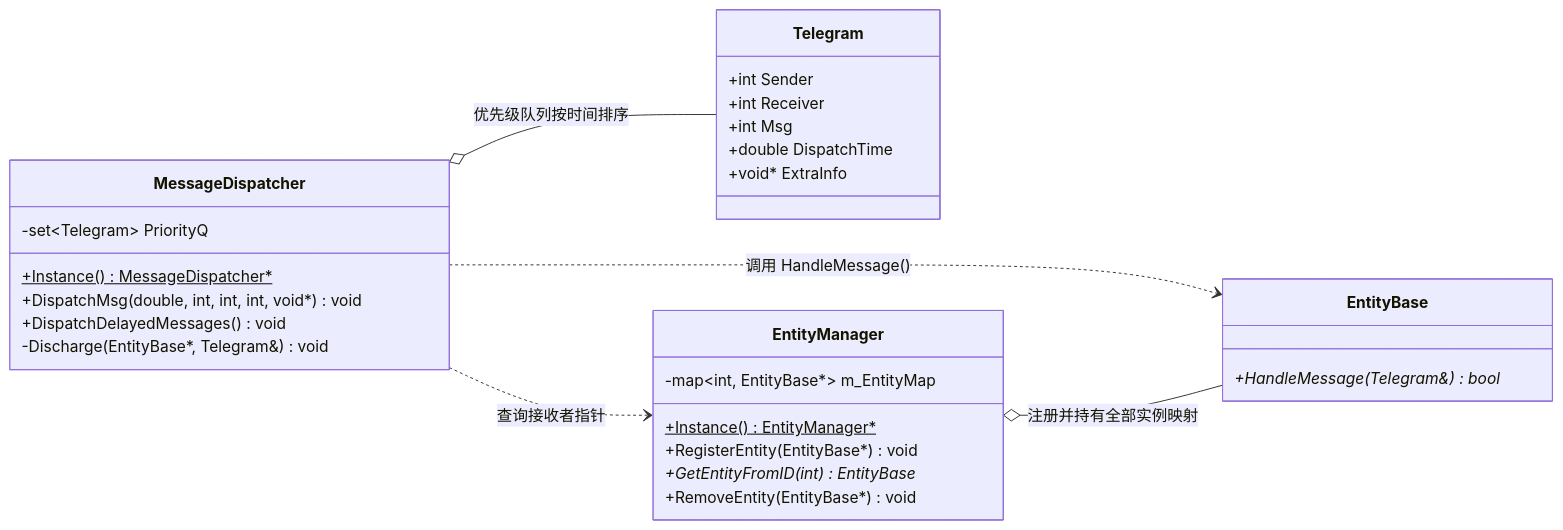
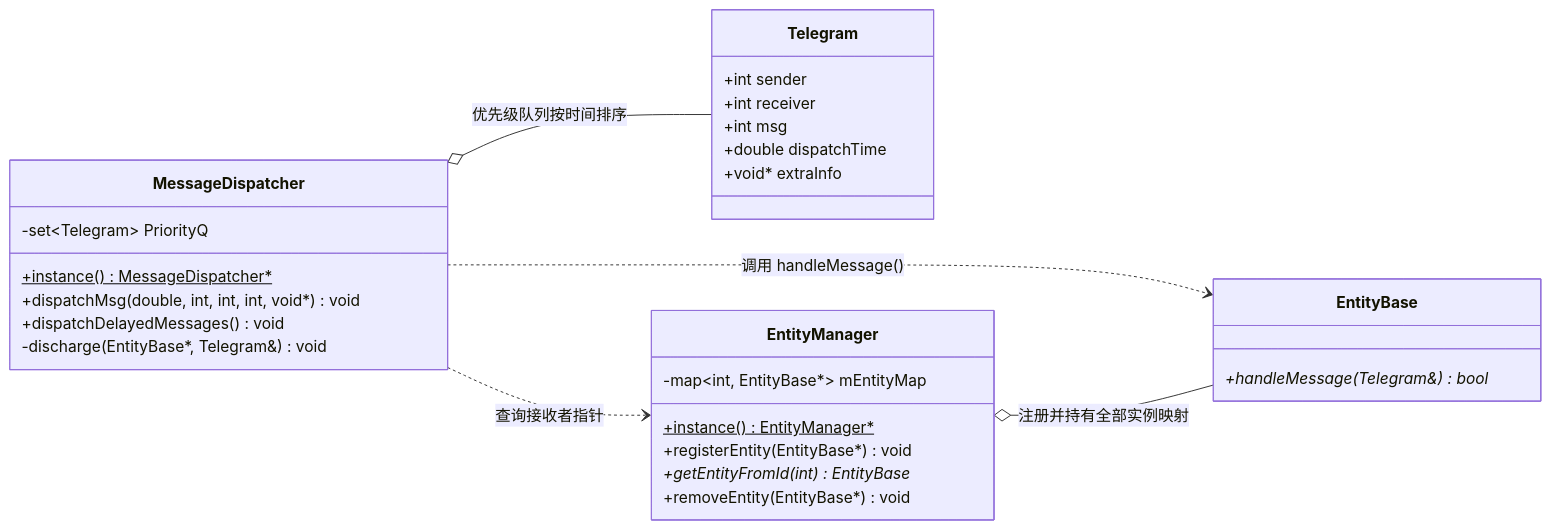
One commit to blizzardinto/fsm changed the third of 7 diagrams in DESIGN.md. Above: the diagram before and after it, drawn with Mermaid. The commit also changed other lines of this file and 78 other files, not shown here.

````diff
--- a/DESIGN.md
+++ b/DESIGN.md
@@ -326,37 +326,37 @@
 ```mermaid
 classDiagram
     direction LR
 
     class Telegram {
-        +int Sender
-        +int Receiver
-        +int Msg
-        +double DispatchTime
-        +void* ExtraInfo
+        +int sender
+        +int receiver
+        +int msg
+        +double dispatchTime
+        +void* extraInfo
     }
 
     class MessageDispatcher {
         -set~Telegram~ PriorityQ
-        +Instance()$ MessageDispatcher*
-        +DispatchMsg(double, int, int, int, void*) void
-        +DispatchDelayedMessages() void
-        -Discharge(EntityBase*, Telegram&) void
+        +instance()$ MessageDispatcher*
+        +dispatchMsg(double, int, int, int, void*) void
+        +dispatchDelayedMessages() void
+        -discharge(EntityBase*, Telegram&) void
     }
 
     class EntityManager {
-        -map~int, EntityBase*~ m_EntityMap
-        +Instance()$ EntityManager*
-        +RegisterEntity(EntityBase*) void
-        +GetEntityFromID(int) EntityBase*
-        +RemoveEntity(EntityBase*) void
+        -map~int, EntityBase*~ mEntityMap
+        +instance()$ EntityManager*
+        +registerEntity(EntityBase*) void
+        +getEntityFromId(int) EntityBase*
+        +removeEntity(EntityBase*) void
     }
 
     class EntityBase {
-        +HandleMessage(Telegram&)* bool
+        +handleMessage(Telegram&)* bool
     }
 
     MessageDispatcher o-- Telegram : 优先级队列按时间排序
     MessageDispatcher ..> EntityManager : 查询接收者指针
-    MessageDispatcher ..> EntityBase : 调用 HandleMessage()
+    MessageDispatcher ..> EntityBase : 调用 handleMessage()
     EntityManager o-- EntityBase : 注册并持有全部实例映射
 ```
````
